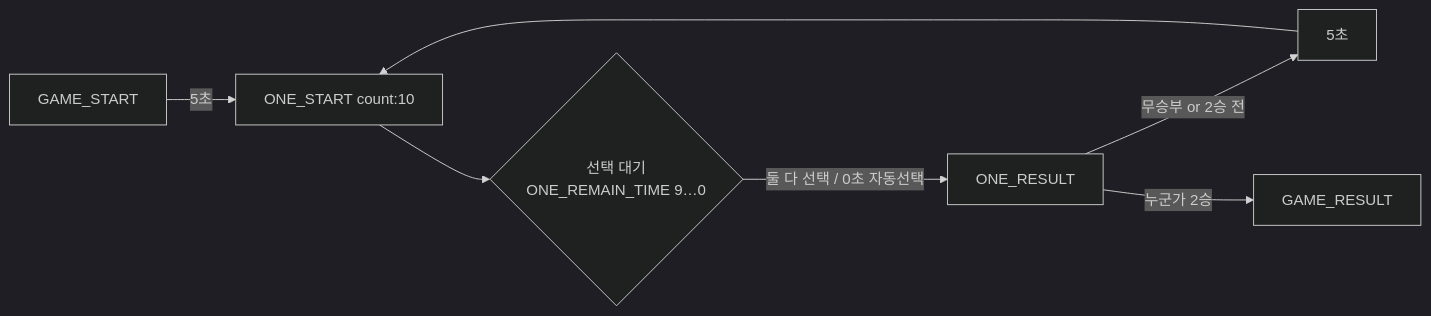
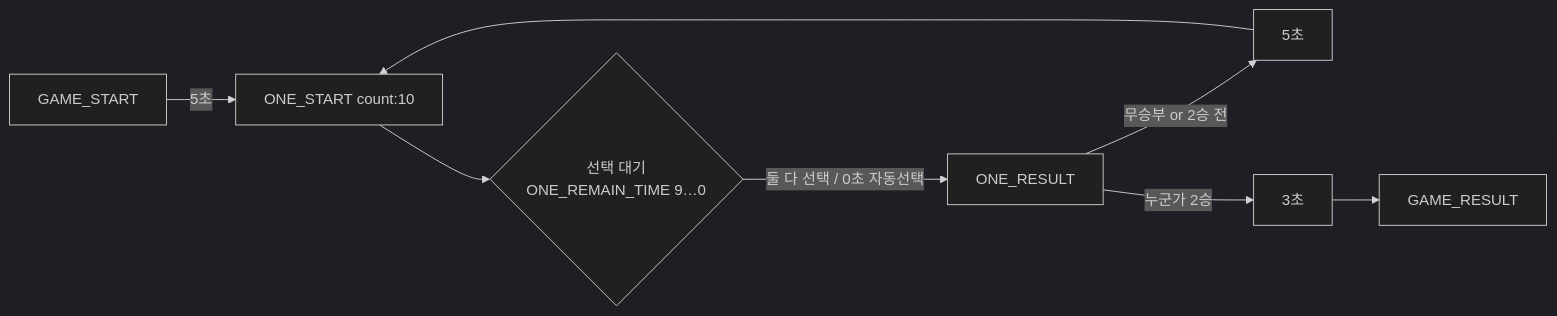
The third of 9 diagrams in CLAUDE.md (chadolcap/multi_game_vibe_coding_server_ruflo), drawn with Mermaid (dark theme) before and after one commit. The commit also changed other lines of this file and 26 other files, not shown here.

````diff
--- a/CLAUDE.md
+++ b/CLAUDE.md
@@ -205,8 +209,8 @@
 ```mermaid
 flowchart LR
     GS[GAME_START] -->|5초| OS[ONE_START count:10]
     OS --> T{선택 대기<br/>ONE_REMAIN_TIME 9…0}
     T -->|둘 다 선택 / 0초 자동선택| R[ONE_RESULT]
     R -->|무승부 or 2승 전| D[5초] --> OS
-    R -->|누군가 2승| GR[GAME_RESULT]
+    R -->|누군가 2승| L3[3초] --> GR[GAME_RESULT]
 ```
````
